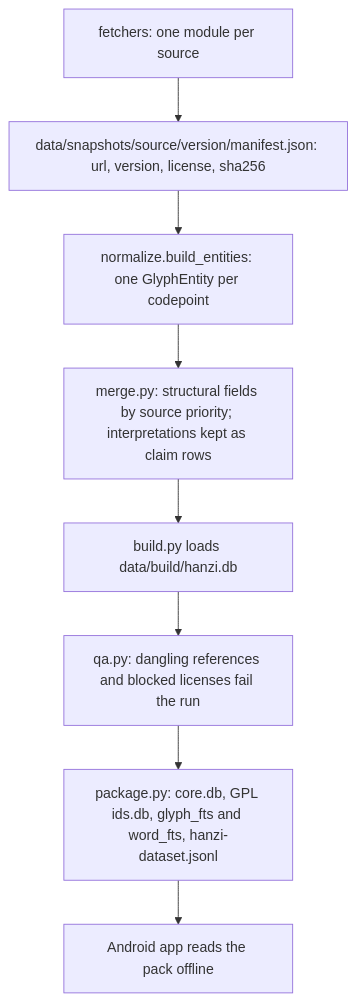
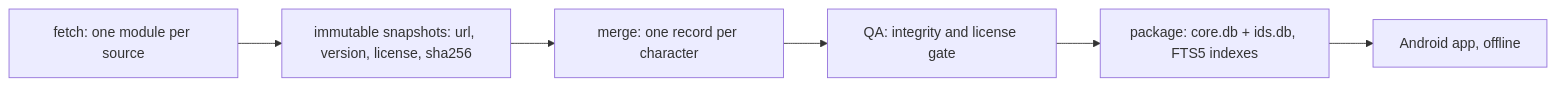
Before and after one commit to ethanez713/hanzi-dictionary: the diagram in README.md, drawn with Mermaid. The commit also changed other lines of this file and 1 other file, not shown here.

First line of the commit message:
Lead the README with the app and move the pipeline detail to docs

````diff
--- a/README.md
+++ b/README.md
@@ -73,12 +87,8 @@
 ```mermaid
-flowchart TD
-    fetch["fetchers: one module per source"]
-    snap["data/snapshots/source/version/manifest.json: url, version, license, sha256"]
-    norm["normalize.build_entities: one GlyphEntity per codepoint"]
-    merge["merge.py: structural fields by source priority; interpretations kept as claim rows"]
-    hanzi["build.py loads data/build/hanzi.db"]
-    qa["qa.py: dangling references and blocked licenses fail the run"]
-    pack["package.py: core.db, GPL ids.db, glyph_fts and word_fts, hanzi-dataset.jsonl"]
-    app["Android app reads the pack offline"]
-    fetch --> snap --> norm --> merge --> hanzi --> qa --> pack --> app
+flowchart LR
+    fetch["fetch: one module per source"] --> snap["immutable snapshots: url, version, license, sha256"]
+    snap --> merge["merge: one record per character"]
+    merge --> qa["QA: integrity and license gate"]
+    qa --> pack["package: core.db + ids.db, FTS5 indexes"]
+    pack --> app["Android app, offline"]
 ```
````
